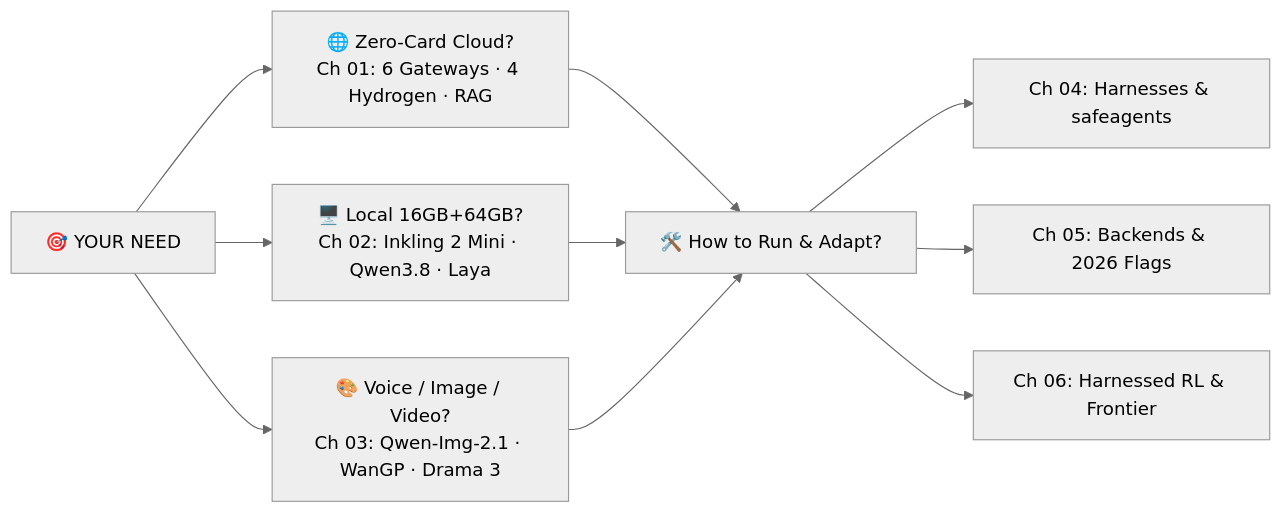
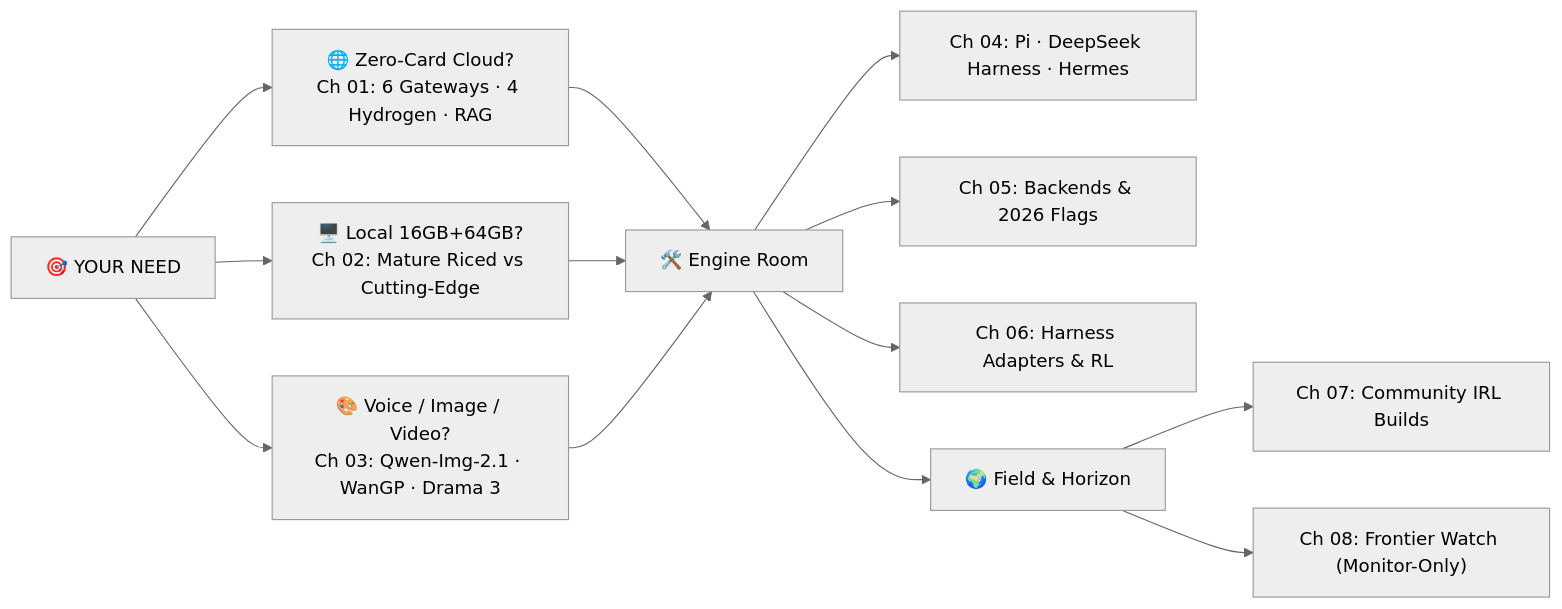
The diagram in README.md (initalok/ai-swissknife), drawn with Mermaid (neutral theme) before and after one commit. The commit also changed other lines of this file and 19 other files, not shown here.

Commit message:
feat(v2.1.0): split Mature vs Cutting-Edge local, add dsh/Hermes, IRL Community Ch 07, & Frontier Watch Ch 08

````diff
--- a/README.md
+++ b/README.md
@@ -11,10 +11,13 @@
 ```mermaid
 flowchart LR
     START["🎯 YOUR NEED"] --> CLOUD["🌐 Zero-Card Cloud?<br/>Ch 01: 6 Gateways · 4 Hydrogen · RAG"]
-    START --> LOCAL["🖥️ Local 16GB+64GB?<br/>Ch 02: Inkling 2 Mini · Qwen3.8 · Laya"]
+    START --> LOCAL["🖥️ Local 16GB+64GB?<br/>Ch 02: Mature Riced vs Cutting-Edge"]
     START --> MEDIA["🎨 Voice / Image / Video?<br/>Ch 03: Qwen-Img-2.1 · WanGP · Drama 3"]
-    CLOUD & LOCAL & MEDIA --> RUN["🛠️ How to Run & Adapt?"]
-    RUN --> CH4["Ch 04: Harnesses & safeagents"]
-    RUN --> CH5["Ch 05: Backends & 2026 Flags"]
-    RUN --> CH6["Ch 06: Harnessed RL & Frontier"]
+    CLOUD & LOCAL & MEDIA --> ENGINE["🛠️ Engine Room"]
+    ENGINE --> CH4["Ch 04: Pi · DeepSeek Harness · Hermes"]
+    ENGINE --> CH5["Ch 05: Backends & 2026 Flags"]
+    ENGINE --> CH6["Ch 06: Harness Adapters & RL"]
+    ENGINE --> FIELD["🌍 Field & Horizon"]
+    FIELD --> CH7["Ch 07: Community IRL Builds"]
+    FIELD --> CH8["Ch 08: Frontier Watch (Monitor-Only)"]
 ```
````
